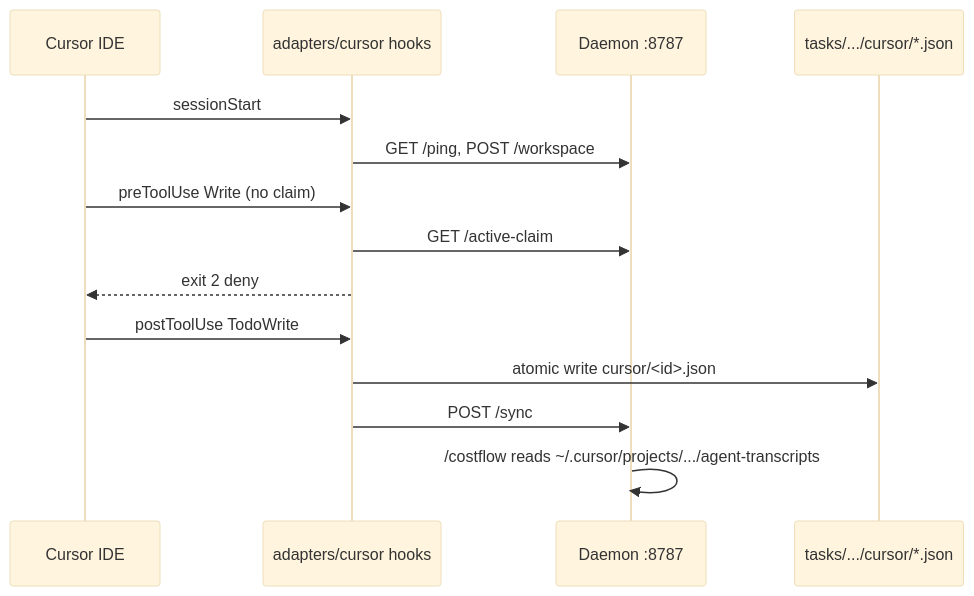
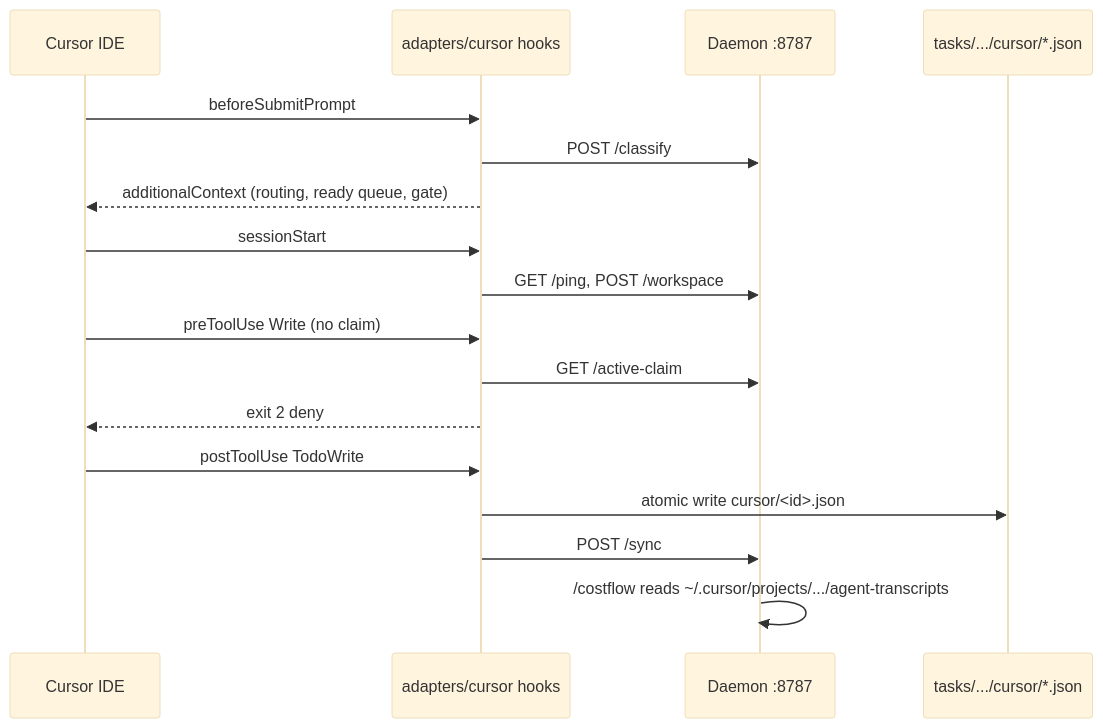
The diagram in docs/cursor-e2e.md (yugao-gaos/zonoid), drawn with Mermaid (base theme) before and after one commit. The commit also changed other lines of this file and 19 other files, not shown here.

First line of the commit message:
feat: wire Cursor beforeSubmitPrompt classify relay for standing queues

````diff
--- a/docs/cursor-e2e.md
+++ b/docs/cursor-e2e.md
@@ -17,17 +18,20 @@
 ```mermaid
 sequenceDiagram
   participant C as Cursor IDE
   participant H1 as adapters/cursor hooks
   participant D as Daemon :8787
   participant FD as tasks/.../cursor/*.json
 
+  C->>H1: beforeSubmitPrompt
+  H1->>D: POST /classify
+  H1-->>C: additionalContext (routing, ready queue, gate)
   C->>H1: sessionStart
   H1->>D: GET /ping, POST /workspace
   C->>H1: preToolUse Write (no claim)
   H1->>D: GET /active-claim
   H1-->>C: exit 2 deny
   C->>H1: postToolUse TodoWrite
   H1->>FD: atomic write cursor/<id>.json
   H1->>D: POST /sync
   D->>D: /costflow reads ~/.cursor/projects/.../agent-transcripts
 ```
````
